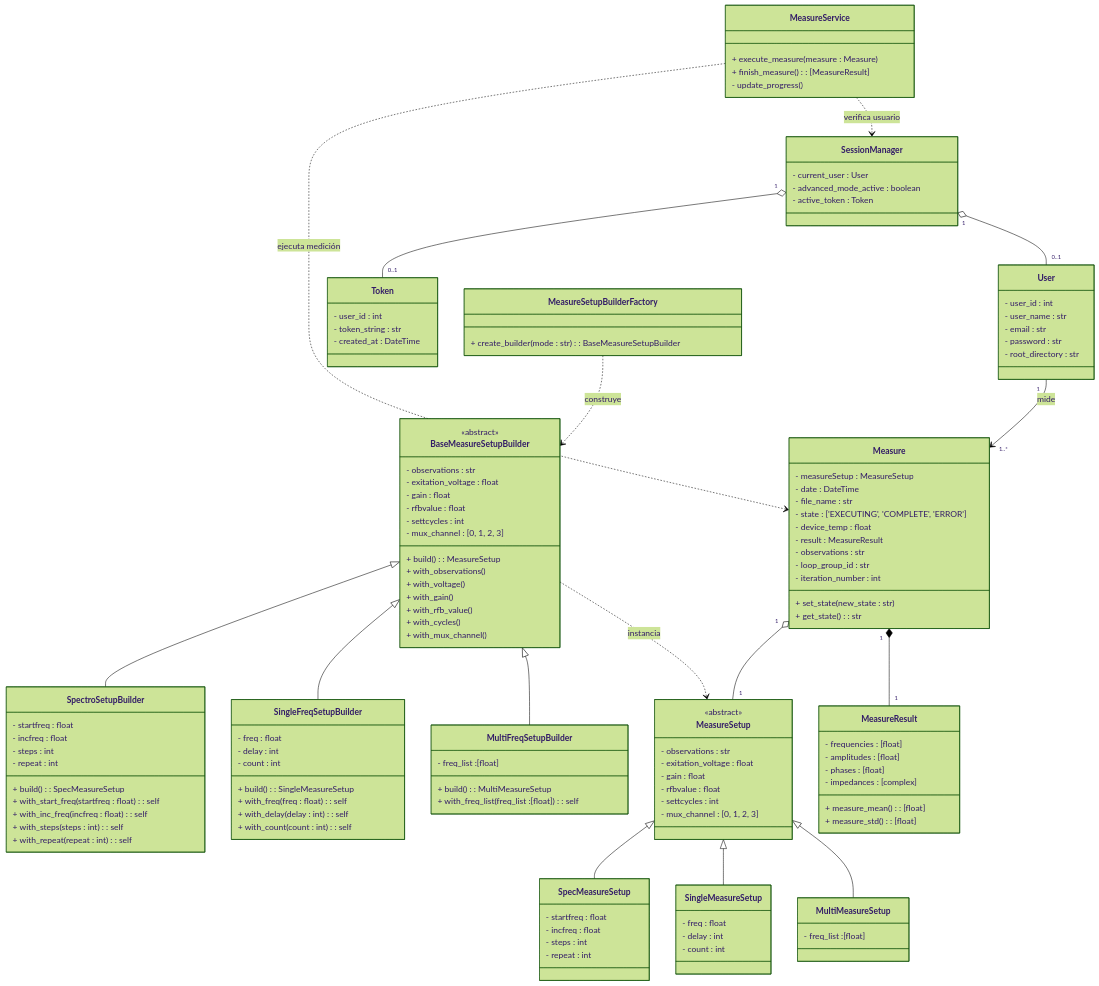
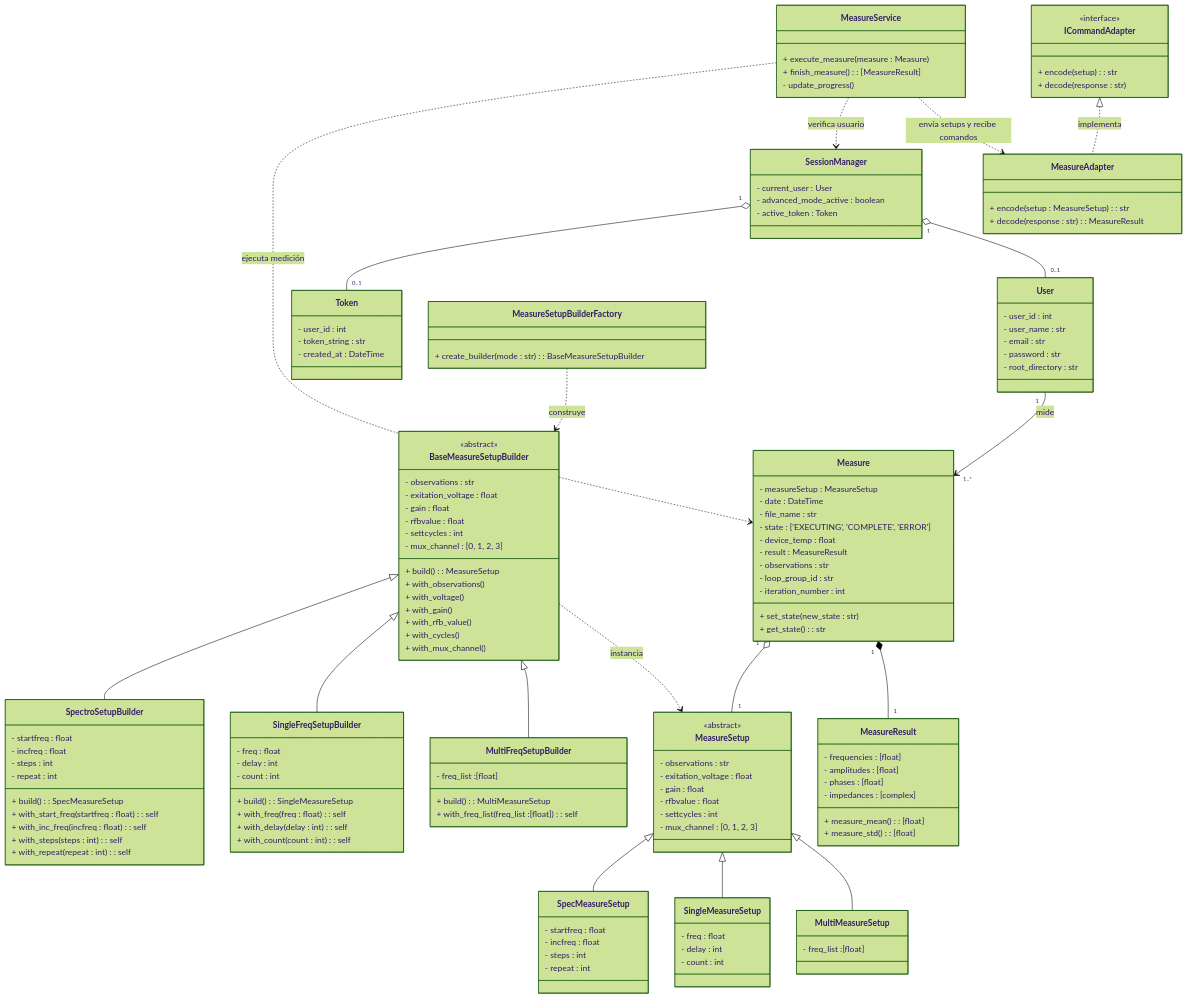
Before and after one commit to alegrelias/Repo-GMini: the fourth of 6 diagrams in Gmini-MarkDown/Diagramas/Clases Conceptuales.md, drawn with Mermaid (forest theme). The commit also changed other lines of this file, not shown here.

Commit message:
Se modifica diagrama de clases

````diff
--- a/Gmini-MarkDown/Diagramas/Clases Conceptuales.md
+++ b/Gmini-MarkDown/Diagramas/Clases Conceptuales.md
@@ -665,6 +663,17 @@
 	+ create_builder(mode : str) : BaseMeasureSetupBuilder 
 }
 
+class ICommandAdapter{
+    <<interface>>
+    + encode(setup) : str
+    + decode(response : str)
+}
+
+class MeasureAdapter{
+    + encode(setup : MeasureSetup) : str
+    + decode(response : str) : MeasureResult
+}
+
 %% relaciones
 User "1"-->"1..*" Measure : mide
 
@@ -677,7 +686,10 @@
 
 MeasureService ..> Measure : ejecuta medición
 MeasureService ..> SessionManager : verifica usuario
+MeasureService ..> MeasureAdapter : envía setups y recibe comandos
 
 SessionManager "1"o--"0..1" Token
 SessionManager "1"o--"0..1" User
+
+ICommandAdapter <|.. MeasureAdapter : implementa
 ```
````
